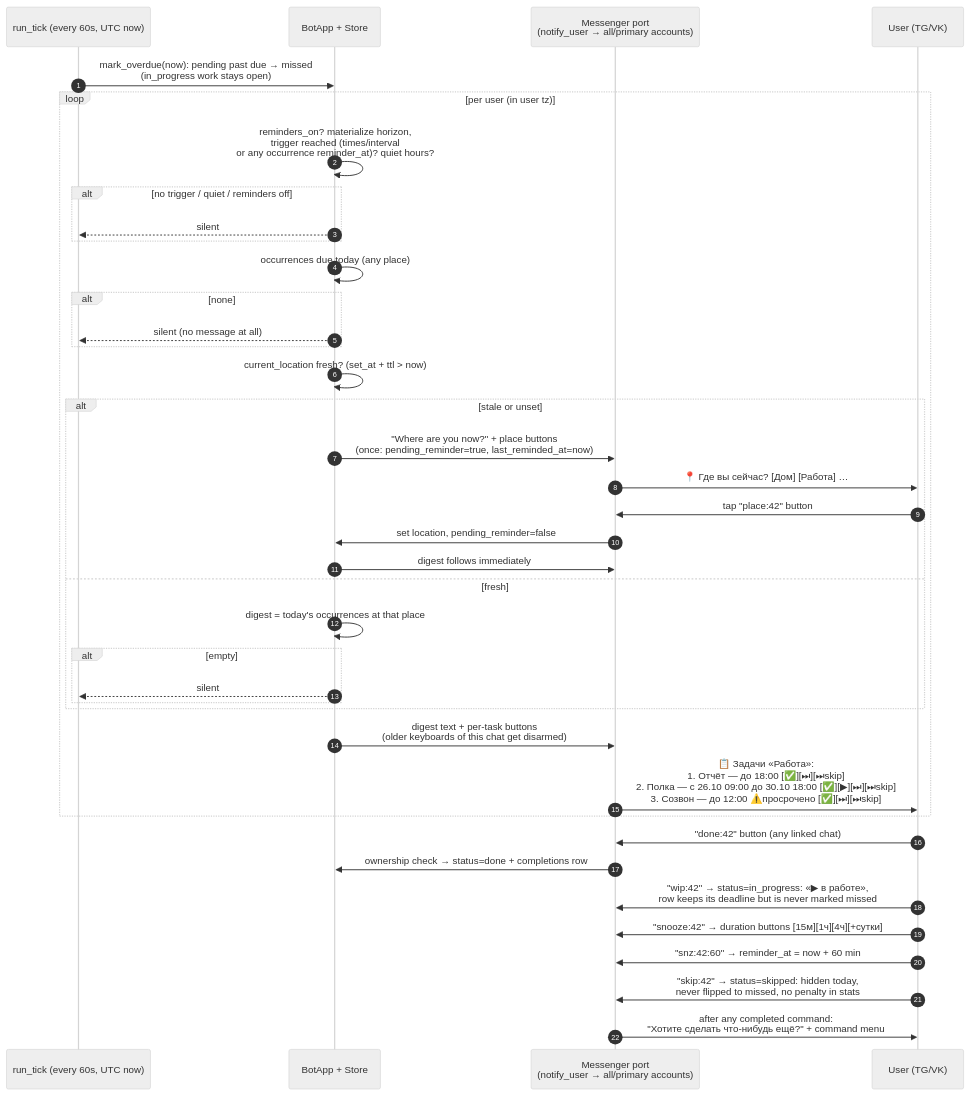
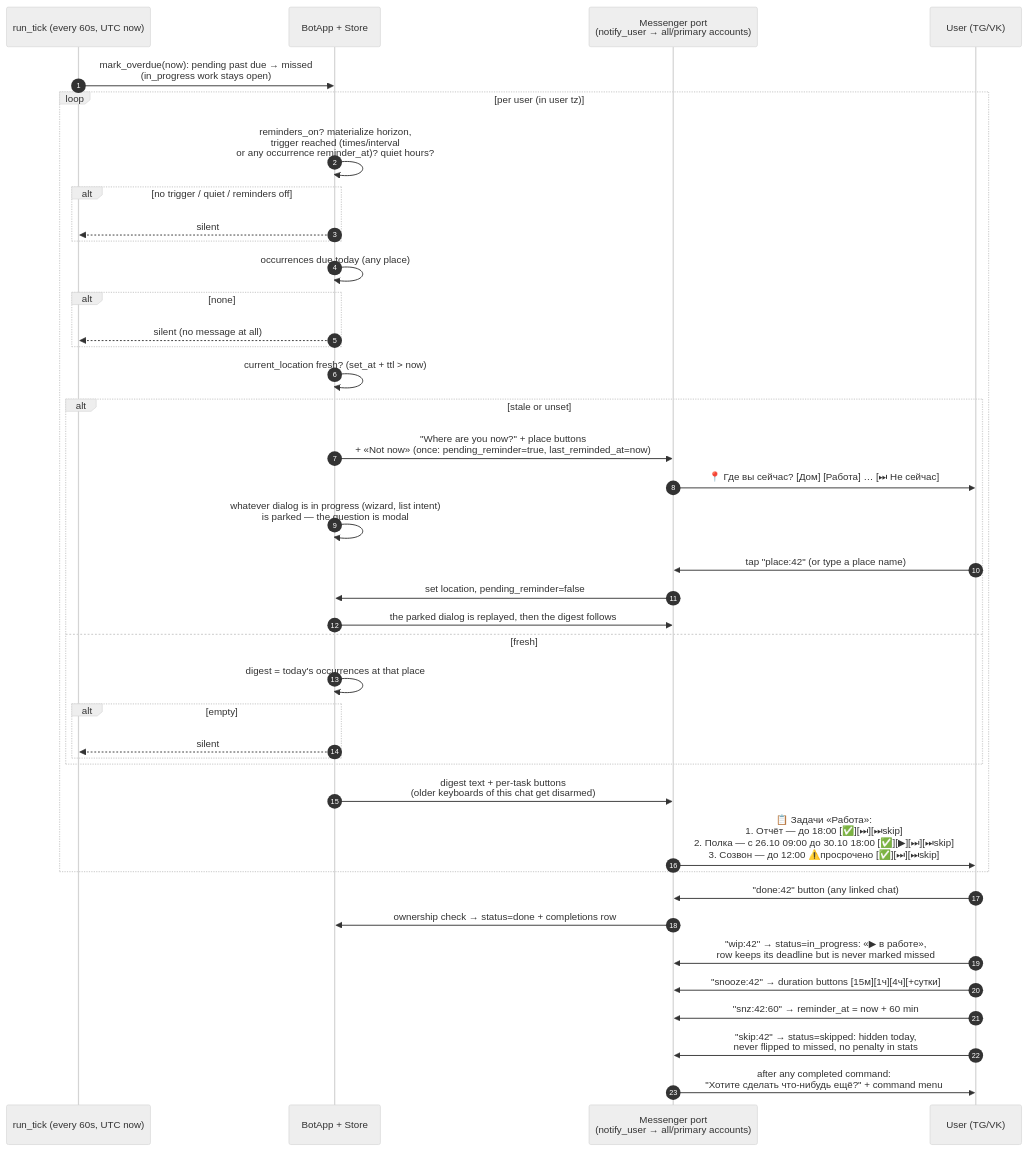
One commit to edombek/taskshed changed the diagram in docs/diagrams/reminder-flow.mmd. Above: the diagram before and after it, drawn with Mermaid (neutral theme). The commit also changed 12 other files, not shown here.

First line of the commit message:
feat(bot): make «Где вы сейчас?» modal — park the dialog, replay after

```diff
--- a/docs/diagrams/reminder-flow.mmd
+++ b/docs/diagrams/reminder-flow.mmd
@@ -1,40 +1,41 @@
 sequenceDiagram
     autonumber
     participant Sch as run_tick (every 60s, UTC now)
     participant Core as BotApp + Store
     participant Msg as Messenger port<br/>(notify_user → all/primary accounts)
     participant U as User (TG/VK)
 
     Sch->>Core: mark_overdue(now): pending past due → missed<br/>(in_progress work stays open)
     loop per user (in user tz)
         Core->>Core: reminders_on? materialize horizon,<br/>trigger reached (times/interval<br/>or any occurrence reminder_at)? quiet hours?
         alt no trigger / quiet / reminders off
             Core-->>Sch: silent
         end
         Core->>Core: occurrences due today (any place)
         alt none
             Core-->>Sch: silent (no message at all)
         end
         Core->>Core: current_location fresh? (set_at + ttl > now)
         alt stale or unset
-            Core->>Msg: "Where are you now?" + place buttons<br/>(once: pending_reminder=true, last_reminded_at=now)
-            Msg->>U: 📍 Где вы сейчас? [Дом] [Работа] …
-            U->>Msg: tap "place:42" button
+            Core->>Msg: "Where are you now?" + place buttons<br/>+ «Not now» (once: pending_reminder=true, last_reminded_at=now)
+            Msg->>U: 📍 Где вы сейчас? [Дом] [Работа] … [⏭ Не сейчас]
+            Core->>Core: whatever dialog is in progress (wizard, list intent)<br/>is parked — the question is modal
+            U->>Msg: tap "place:42" (or type a place name)
             Msg->>Core: set location, pending_reminder=false
-            Core->>Msg: digest follows immediately
+            Core->>Msg: the parked dialog is replayed, then the digest follows
         else fresh
             Core->>Core: digest = today's occurrences at that place
             alt empty
                 Core-->>Sch: silent
             end
         end
         Core->>Msg: digest text + per-task buttons<br/>(older keyboards of this chat get disarmed)
         Msg->>U: 📋 Задачи «Работа»:<br/>1. Отчёт — до 18:00 [✅][⏭][⏭skip]<br/>2. Полка — с 26.10 09:00 до 30.10 18:00 [✅][▶][⏭][⏭skip]<br/>3. Созвон — до 12:00 ⚠️просрочено [✅][⏭][⏭skip]
     end
     U->>Msg: "done:42" button (any linked chat)
     Msg->>Core: ownership check → status=done + completions row
     U->>Msg: "wip:42" → status=in_progress: «▶ в работе»,<br/>row keeps its deadline but is never marked missed
     U->>Msg: "snooze:42" → duration buttons [15м][1ч][4ч][+сутки]
     U->>Msg: "snz:42:60" → reminder_at = now + 60 min
     U->>Msg: "skip:42" → status=skipped: hidden today,<br/>never flipped to missed, no penalty in stats
     Msg->>U: after any completed command:<br/>"Хотите сделать что-нибудь ещё?" + command menu
```
